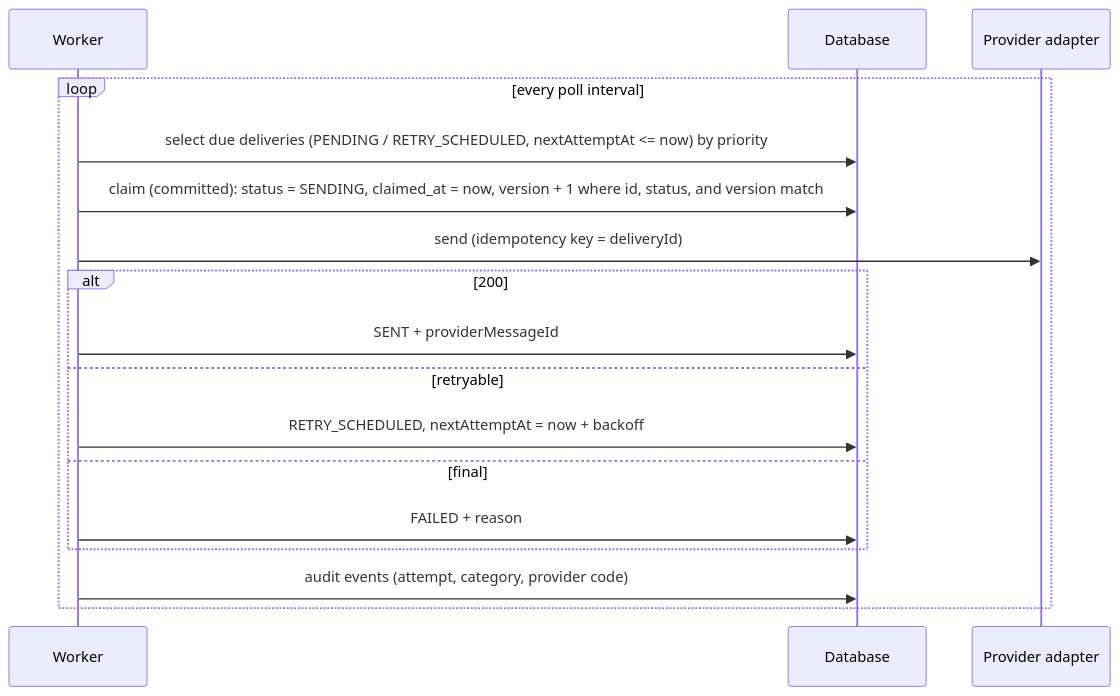
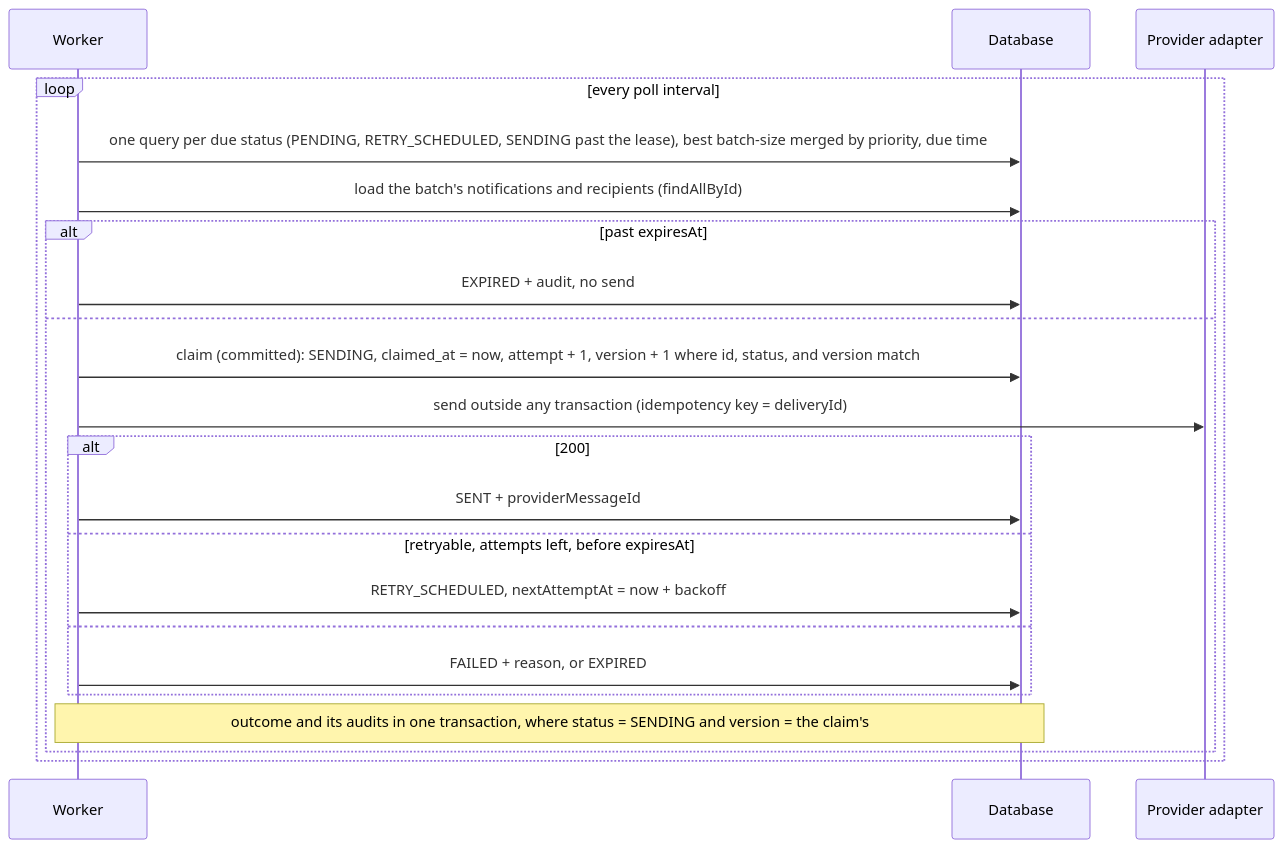
The fifth of 6 diagrams in docs/architecture.md (radwara/nms), drawn with Mermaid before and after one commit. The commit also changed other lines of this file and 1 other file, not shown here.

````diff
--- a/docs/architecture.md
+++ b/docs/architecture.md
@@ -435,19 +439,24 @@
 ```mermaid
 sequenceDiagram
     participant W as Worker
     participant D as Database
     participant P as Provider adapter
     loop every poll interval
-        W->>D: select due deliveries (PENDING / RETRY_SCHEDULED, nextAttemptAt <= now) by priority
-        W->>D: claim (committed): status = SENDING, claimed_at = now, version + 1 where id, status, and version match
-        W->>P: send (idempotency key = deliveryId)
-        alt 200
-            W->>D: SENT + providerMessageId
-        else retryable
-            W->>D: RETRY_SCHEDULED, nextAttemptAt = now + backoff
-        else final
-            W->>D: FAILED + reason
+        W->>D: one query per due status (PENDING, RETRY_SCHEDULED, SENDING past the lease), best batch-size merged by priority, due time
+        W->>D: load the batch's notifications and recipients (findAllById)
+        alt past expiresAt
+            W->>D: EXPIRED + audit, no send
+        else
+            W->>D: claim (committed): SENDING, claimed_at = now, attempt + 1, version + 1 where id, status, and version match
+            W->>P: send outside any transaction (idempotency key = deliveryId)
+            alt 200
+                W->>D: SENT + providerMessageId
+            else retryable, attempts left, before expiresAt
+                W->>D: RETRY_SCHEDULED, nextAttemptAt = now + backoff
+            else
+                W->>D: FAILED + reason, or EXPIRED
+            end
+            Note over W,D: outcome and its audits in one transaction, where status = SENDING and version = the claim's
         end
-        W->>D: audit events (attempt, category, provider code)
     end
 ```
````
